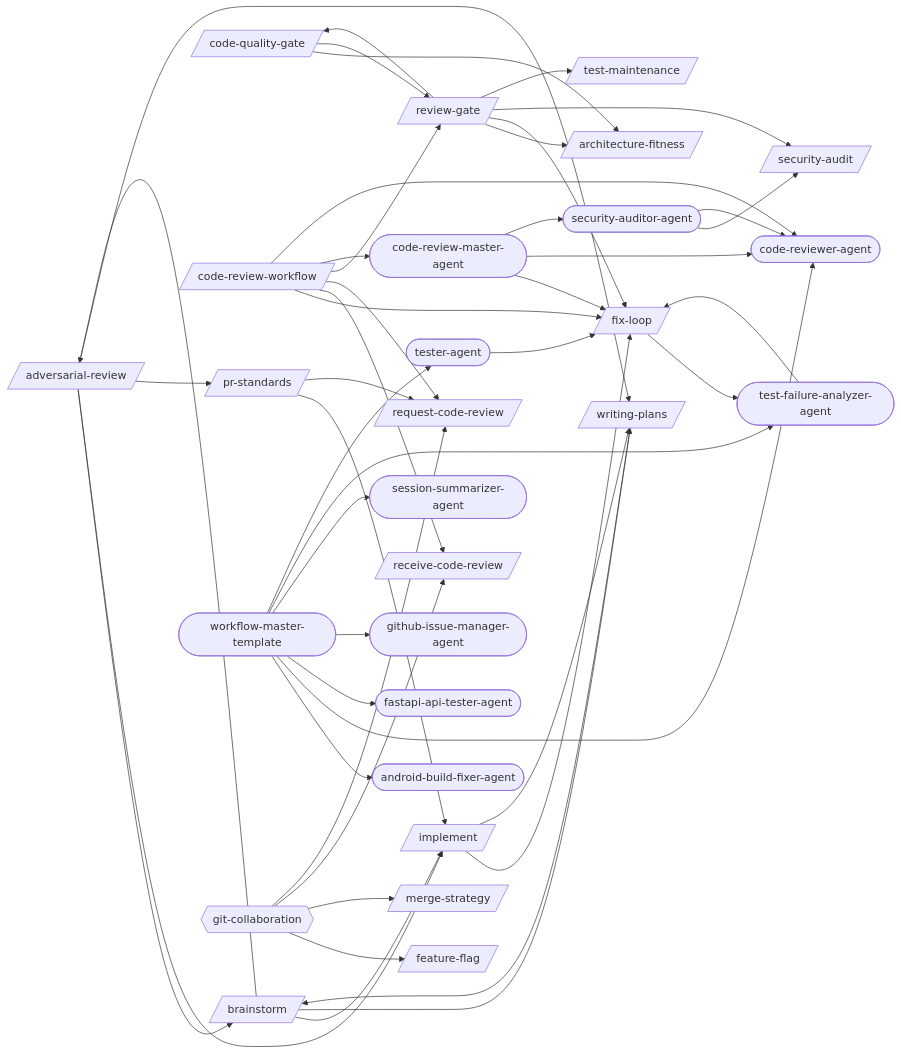
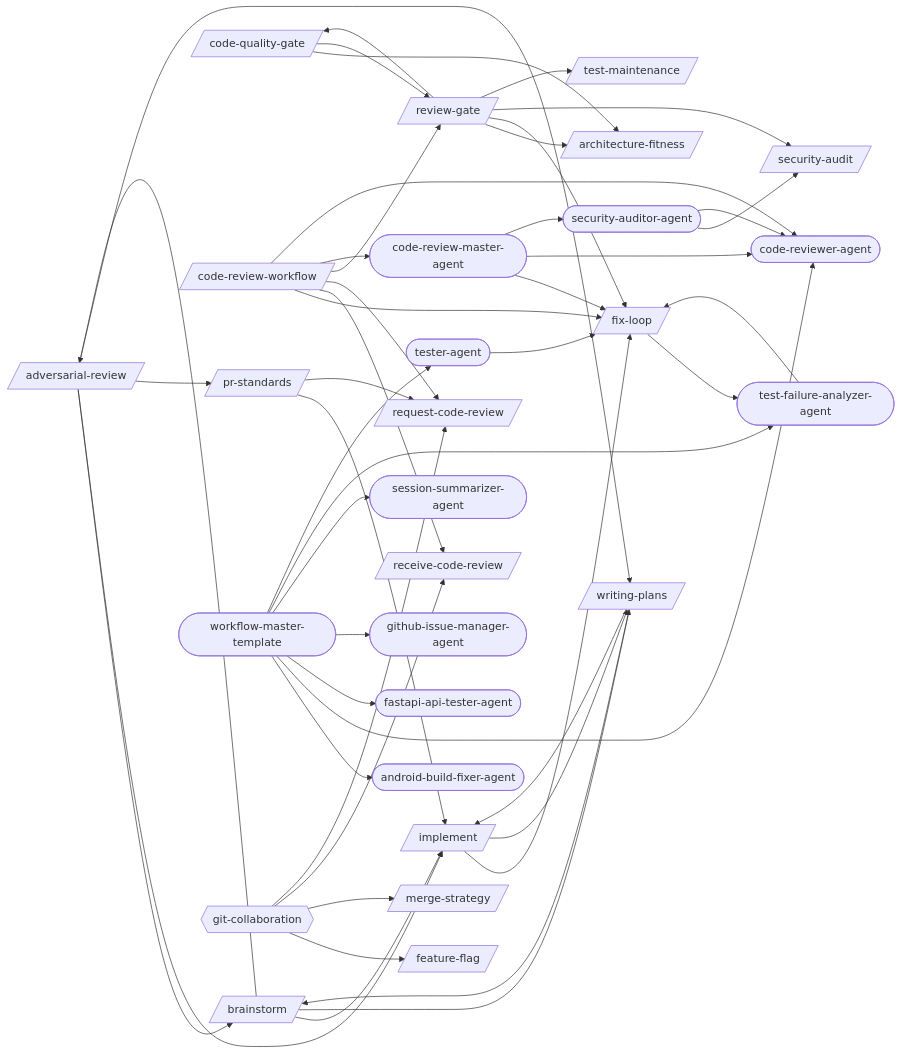
The first of 20 diagrams in docs/workflows/code-review.md (abhayla/claude-best-practices), drawn with Mermaid before and after one commit. The commit also changed other lines of this file and 12 other files, not shown here.

````diff
--- a/docs/workflows/code-review.md
+++ b/docs/workflows/code-review.md
@@ -9,74 +9,75 @@
 ```mermaid
 graph LR
     adversarial_review[/adversarial-review/]
     architecture_fitness[/architecture-fitness/]
     brainstorm[/brainstorm/]
     code_quality_gate[/code-quality-gate/]
     code_review_workflow[/code-review-workflow/]
     feature_flag[/feature-flag/]
     fix_loop[/fix-loop/]
     implement[/implement/]
     merge_strategy[/merge-strategy/]
     pr_standards[/pr-standards/]
     receive_code_review[/receive-code-review/]
     request_code_review[/request-code-review/]
     review_gate[/review-gate/]
     security_audit[/security-audit/]
     test_maintenance[/test-maintenance/]
     writing_plans[/writing-plans/]
     android_build_fixer_agent([android-build-fixer-agent])
     code_review_master_agent([code-review-master-agent])
     code_reviewer_agent([code-reviewer-agent])
     fastapi_api_tester_agent([fastapi-api-tester-agent])
     github_issue_manager_agent([github-issue-manager-agent])
     security_auditor_agent([security-auditor-agent])
     session_summarizer_agent([session-summarizer-agent])
     test_failure_analyzer_agent([test-failure-analyzer-agent])
     tester_agent([tester-agent])
     workflow_master_template([workflow-master-template])
     git_collaboration{{git-collaboration}}
     adversarial_review --> brainstorm
     adversarial_review --> implement
     adversarial_review --> pr_standards
     adversarial_review --> writing_plans
     brainstorm --> adversarial_review
     brainstorm --> implement
     brainstorm --> writing_plans
     code_quality_gate --> architecture_fitness
     code_quality_gate --> review_gate
     code_review_workflow --> fix_loop
     code_review_workflow --> receive_code_review
     code_review_workflow --> request_code_review
     code_review_workflow --> review_gate
     code_review_workflow --> code_review_master_agent
     code_review_workflow --> code_reviewer_agent
     fix_loop --> test_failure_analyzer_agent
     implement --> fix_loop
     implement --> writing_plans
     pr_standards --> implement
     pr_standards --> request_code_review
     review_gate --> architecture_fitness
     review_gate --> code_quality_gate
     review_gate --> fix_loop
     review_gate --> security_audit
     review_gate --> test_maintenance
     writing_plans --> brainstorm
+    writing_plans --> implement
     code_review_master_agent --> fix_loop
     code_review_master_agent --> code_reviewer_agent
     code_review_master_agent --> security_auditor_agent
     security_auditor_agent --> security_audit
     security_auditor_agent --> code_reviewer_agent
     test_failure_analyzer_agent --> fix_loop
     tester_agent --> fix_loop
     workflow_master_template --> android_build_fixer_agent
     workflow_master_template --> code_reviewer_agent
     workflow_master_template --> fastapi_api_tester_agent
     workflow_master_template --> github_issue_manager_agent
     workflow_master_template --> session_summarizer_agent
     workflow_master_template --> test_failure_analyzer_agent
     workflow_master_template --> tester_agent
     git_collaboration --> feature_flag
     git_collaboration --> merge_strategy
     git_collaboration --> receive_code_review
     git_collaboration --> request_code_review
 ```
````
